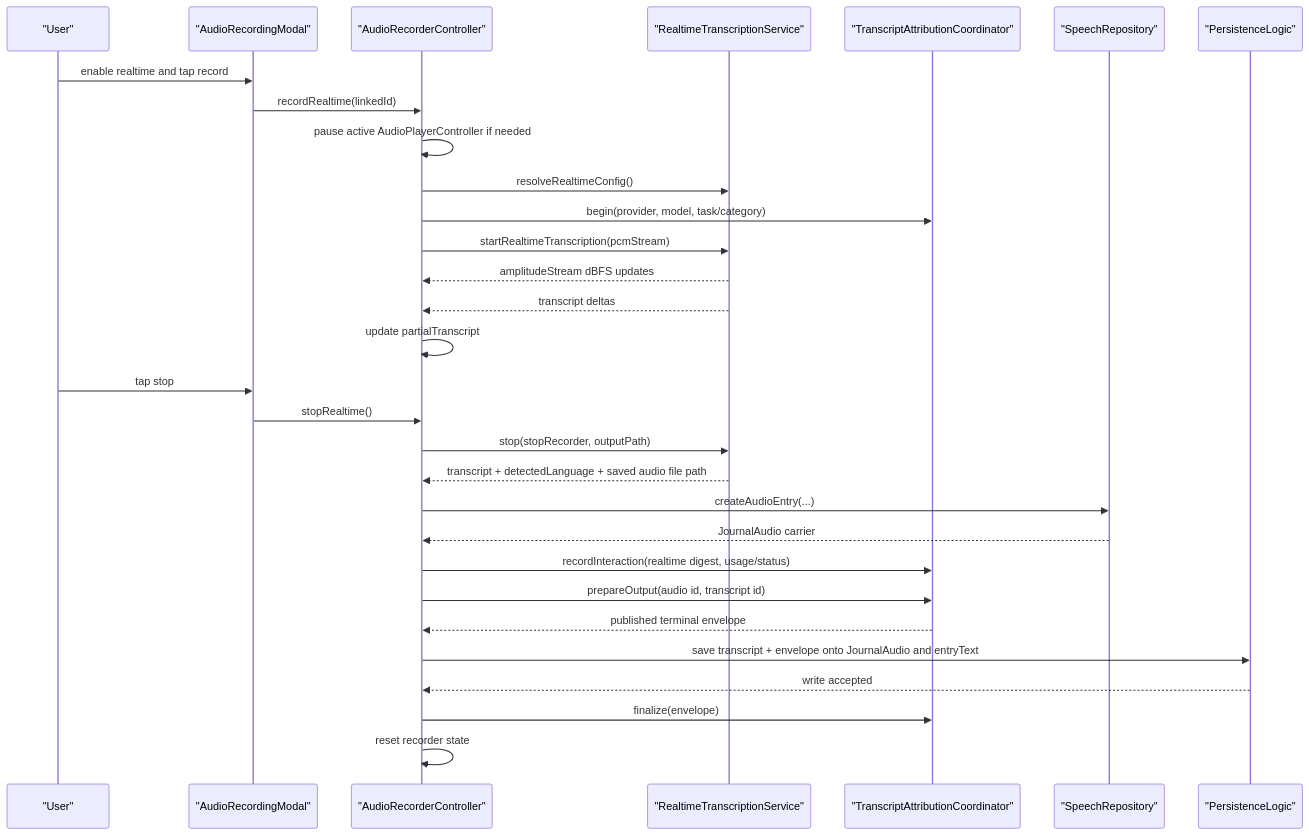
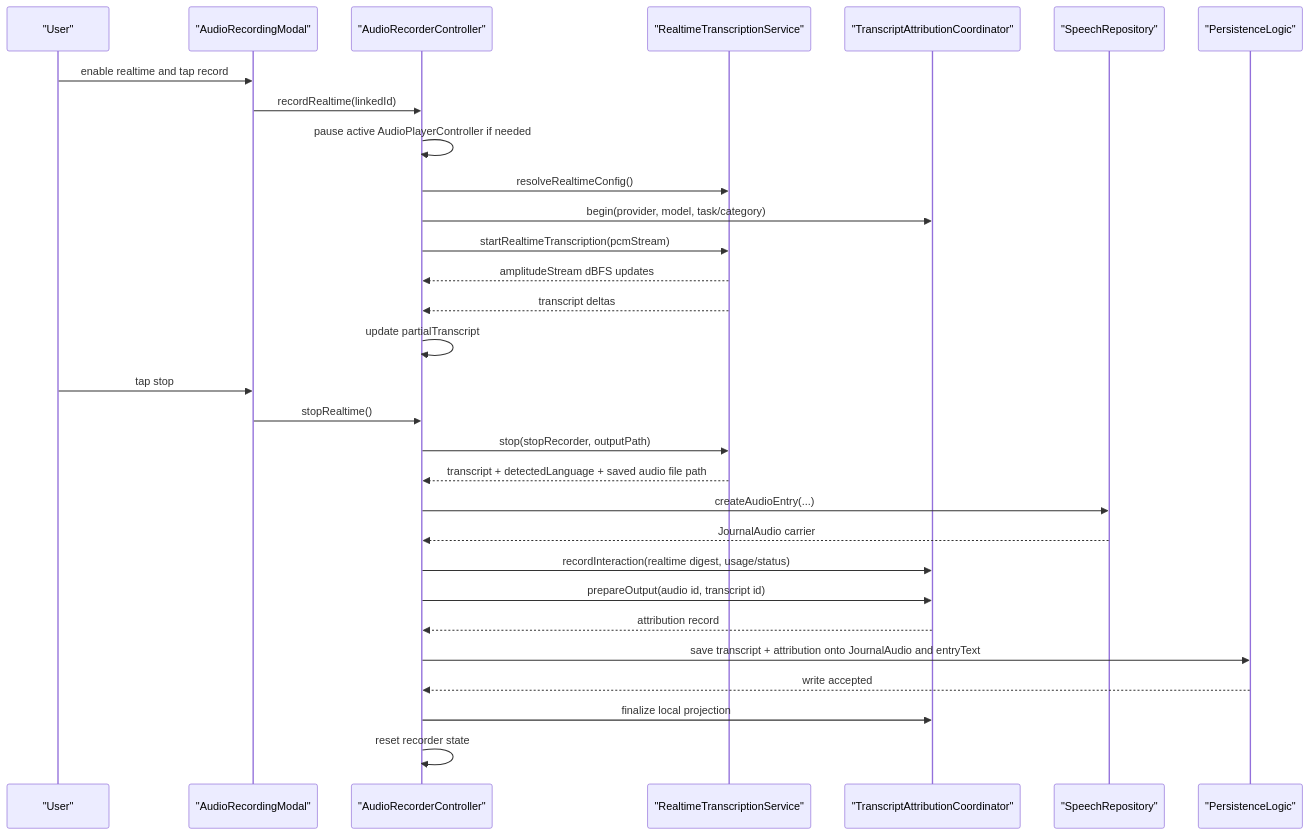
The fourth of 5 diagrams in lib/features/speech/README.md (matthiasn/lotti), drawn with Mermaid before and after one commit. The commit also changed other lines of this file and 123 other files, not shown here.

````diff
--- a/lib/features/speech/README.md
+++ b/lib/features/speech/README.md
@@ -230,33 +230,33 @@
 ```mermaid
 sequenceDiagram
   participant User as "User"
   participant Modal as "AudioRecordingModal"
   participant Ctl as "AudioRecorderController"
   participant RT as "RealtimeTranscriptionService"
   participant Attr as "TranscriptAttributionCoordinator"
   participant Speech as "SpeechRepository"
   participant Persist as "PersistenceLogic"
 
   User->>Modal: enable realtime and tap record
   Modal->>Ctl: recordRealtime(linkedId)
   Ctl->>Ctl: pause active AudioPlayerController if needed
   Ctl->>RT: resolveRealtimeConfig()
   Ctl->>Attr: begin(provider, model, task/category)
   Ctl->>RT: startRealtimeTranscription(pcmStream)
   RT-->>Ctl: amplitudeStream dBFS updates
   RT-->>Ctl: transcript deltas
   Ctl->>Ctl: update partialTranscript
   User->>Modal: tap stop
   Modal->>Ctl: stopRealtime()
   Ctl->>RT: stop(stopRecorder, outputPath)
   RT-->>Ctl: transcript + detectedLanguage + saved audio file path
   Ctl->>Speech: createAudioEntry(...)
   Speech-->>Ctl: JournalAudio carrier
   Ctl->>Attr: recordInteraction(realtime digest, usage/status)
   Ctl->>Attr: prepareOutput(audio id, transcript id)
-  Attr-->>Ctl: published terminal envelope
-  Ctl->>Persist: save transcript + envelope onto JournalAudio and entryText
+  Attr-->>Ctl: attribution record
+  Ctl->>Persist: save transcript + attribution onto JournalAudio and entryText
   Persist-->>Ctl: write accepted
-  Ctl->>Attr: finalize(envelope)
+  Ctl->>Attr: finalize local projection
   Ctl->>Ctl: reset recorder state
 ```
````
